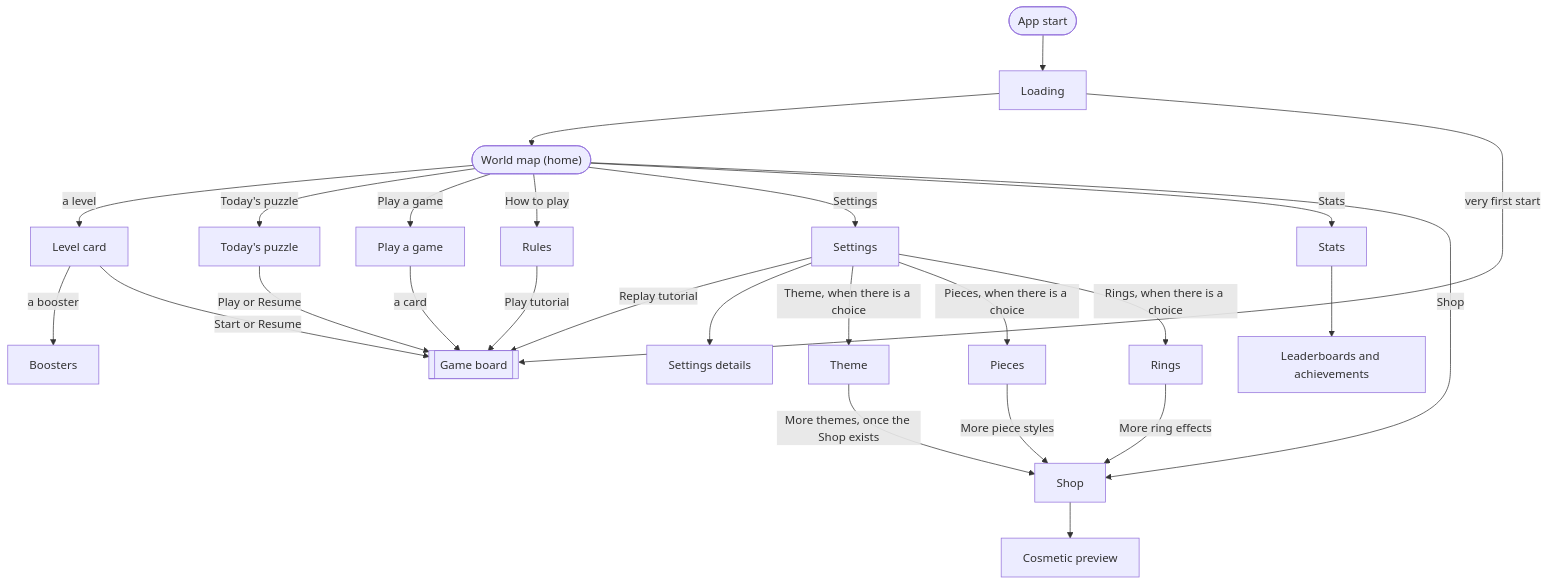
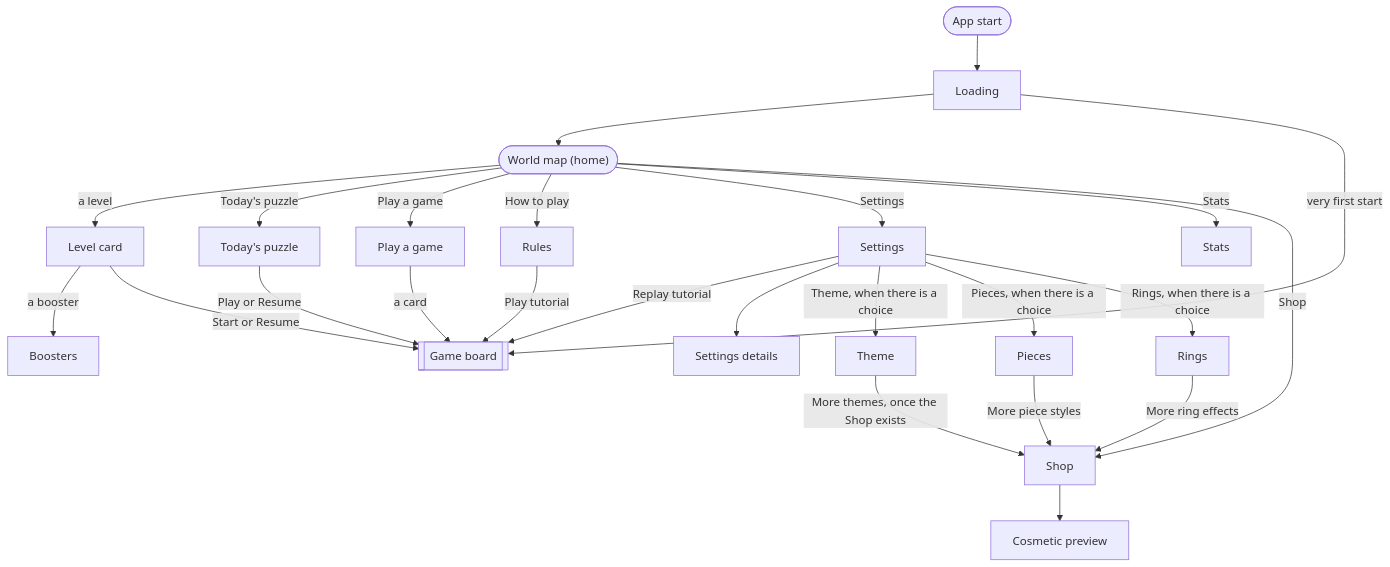
One commit to Pavelya/dots changed the first of 3 diagrams in docs/design/flows.md. Above: the diagram before and after it, drawn with Mermaid. The commit also changed other lines of this file and 15 other files, not shown here.

````diff
--- a/docs/design/flows.md
+++ b/docs/design/flows.md
@@ -32,48 +33,46 @@
 ```mermaid
 flowchart TD
     start(["App start"])
     loading["Loading"]
     map(["World map (home)"])
     card["Level card"]
     boosters["Boosters"]
     daily["Today's puzzle"]
     play["Play a game"]
     rules["Rules"]
     settings["Settings"]
     details["Settings details"]
     theme["Theme"]
     pieces["Pieces"]
     rings["Rings"]
     stats["Stats"]
-    ranks["Leaderboards and achievements"]
     shop["Shop"]
     preview["Cosmetic preview"]
     board[["Game board"]]
 
     start --> loading
     loading --> map
     loading -->|"very first start"| board
     map -->|"a level"| card
     map -->|"Today's puzzle"| daily
     map -->|"Play a game"| play
     map -->|"How to play"| rules
     map -->|"Settings"| settings
     map -->|"Stats"| stats
     map -->|"Shop"| shop
 
     card -->|"a booster"| boosters
     card -->|"Start or Resume"| board
     daily -->|"Play or Resume"| board
     play -->|"a card"| board
     rules -->|"Play tutorial"| board
     settings -->|"Replay tutorial"| board
     settings --> details
     settings -->|"Theme, when there is a choice"| theme
     theme -->|"More themes, once the Shop exists"| shop
     settings -->|"Pieces, when there is a choice"| pieces
     settings -->|"Rings, when there is a choice"| rings
     pieces -->|"More piece styles"| shop
     rings -->|"More ring effects"| shop
-    stats --> ranks
     shop --> preview
 ```
````
